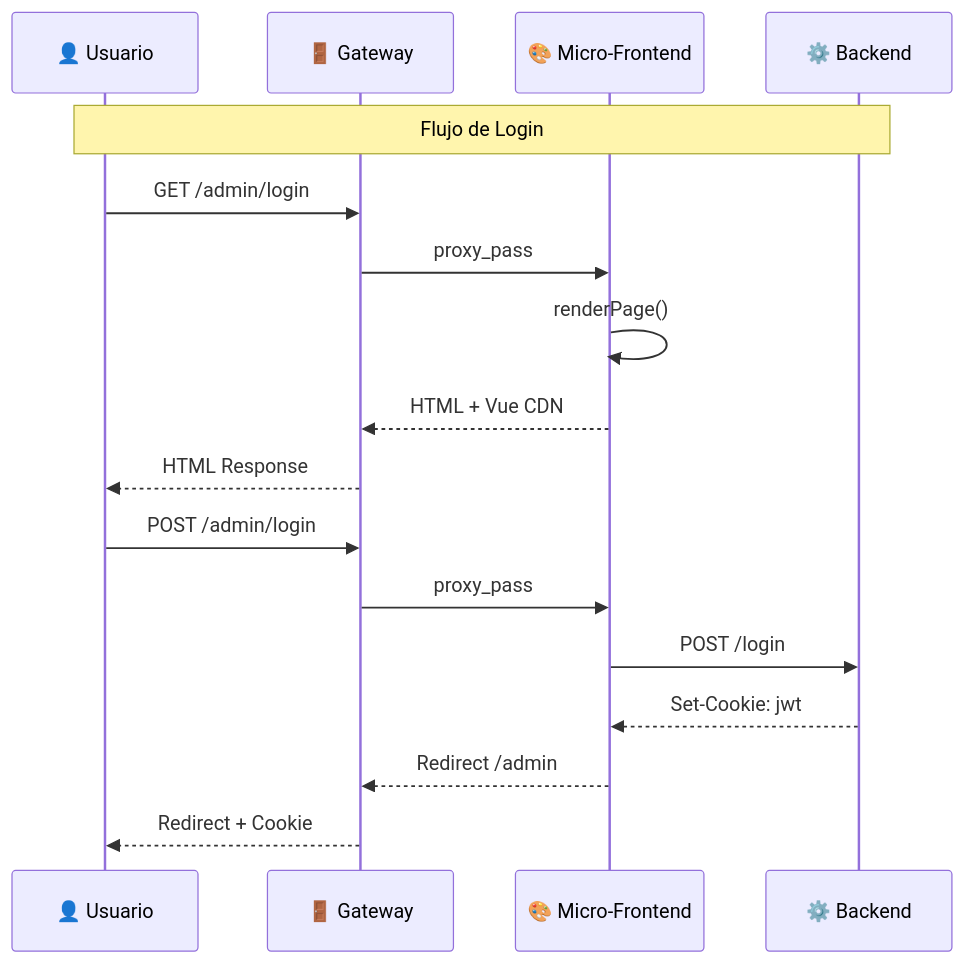
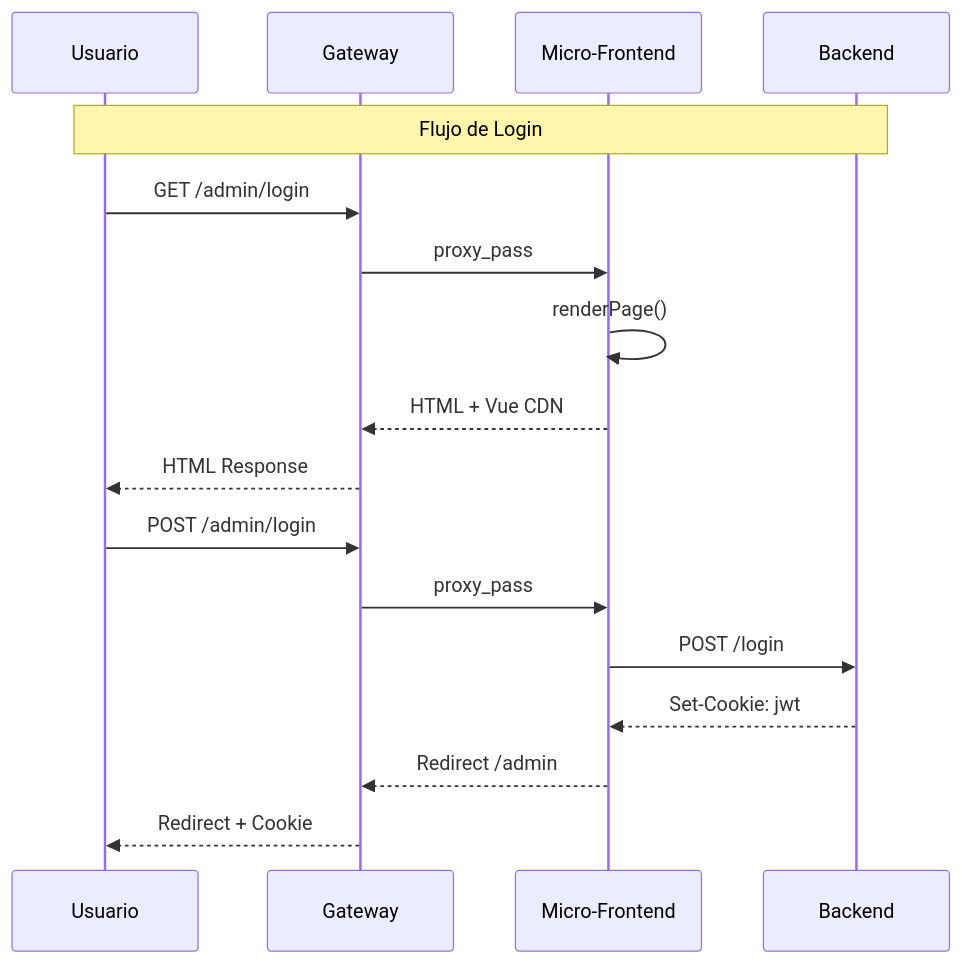
Before and after one commit to altrupets/monorepo: the second of 5 diagrams in docs/content/docs/architecture/micro-frontends.md, drawn with Mermaid. The commit also changed other lines of this file and 4 other files, not shown here.

First line of the commit message:
fix(docs): simplify Mermaid diagrams to resolve rendering errors

````diff
--- a/docs/content/docs/architecture/micro-frontends.md
+++ b/docs/content/docs/architecture/micro-frontends.md
@@ -60,21 +56,21 @@
 ```mermaid
 sequenceDiagram
-    participant U as 👤 Usuario
-    participant G as 🚪 Gateway
-    participant MF as 🎨 Micro-Frontend
-    participant B as ⚙️ Backend
+    participant U as Usuario
+    participant G as Gateway
+    participant MF as Micro-Frontend
+    participant B as Backend
 
     Note over U,B: Flujo de Login
     U->>G: GET /admin/login
     G->>MF: proxy_pass
     MF->>MF: renderPage()
     MF-->>G: HTML + Vue CDN
     G-->>U: HTML Response
-    
+
     U->>G: POST /admin/login
     G->>MF: proxy_pass
     MF->>B: POST /login
     B-->>MF: Set-Cookie: jwt
     MF-->>G: Redirect /admin
     G-->>U: Redirect + Cookie
 ```
````
